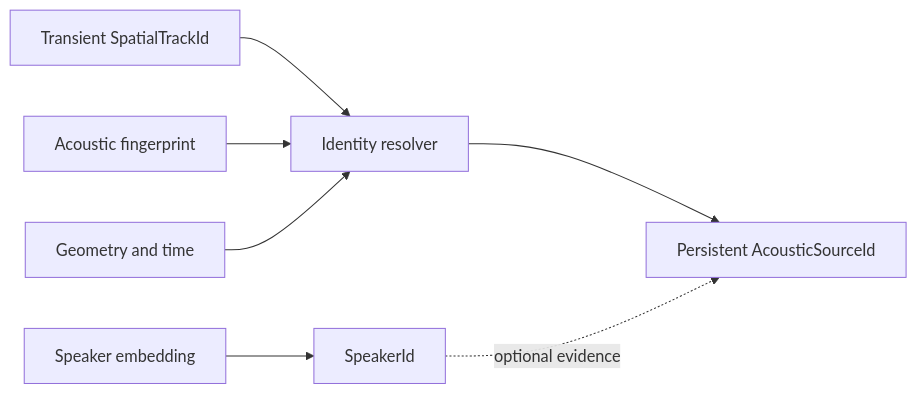
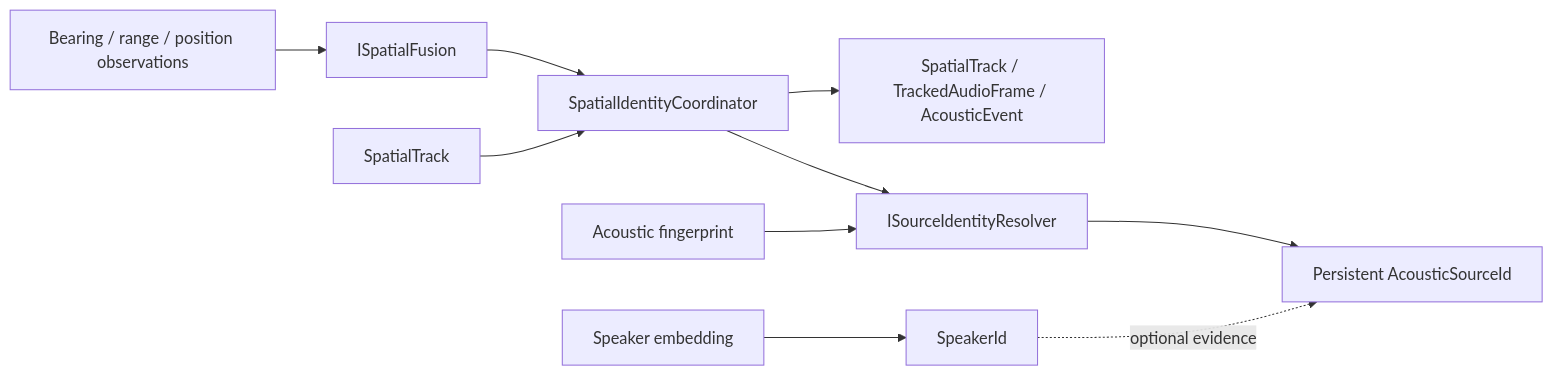
The diagram in docs/images/source_identity.mmd (ARDev1161/libaudition), drawn with Mermaid before and after one commit. The commit also changed 10 other files, not shown here.

First line of the commit message:
feat(pipeline): integrate spatial fusion with persistent source identity

```diff
--- a/docs/images/source_identity.mmd
+++ b/docs/images/source_identity.mmd
@@ -1,7 +1,10 @@
 flowchart LR
-    TRACK[Transient SpatialTrackId] --> RESOLVE[Identity resolver]
+    OBS[Bearing / range / position observations] --> FUSE[ISpatialFusion]
+    FUSE --> COORD[SpatialIdentityCoordinator]
+    TRACK[SpatialTrack] --> COORD
+    COORD --> RESOLVE[ISourceIdentityResolver]
     FP[Acoustic fingerprint] --> RESOLVE
-    GEO[Geometry and time] --> RESOLVE
     RESOLVE --> SOURCE[Persistent AcousticSourceId]
+    COORD --> OUT[SpatialTrack / TrackedAudioFrame / AcousticEvent]
     SPEECH[Speaker embedding] --> SPEAKER[SpeakerId]
-    SPEAKER -.optional evidence.-> SOURCE
+    SPEAKER -. optional evidence .-> SOURCE
```
